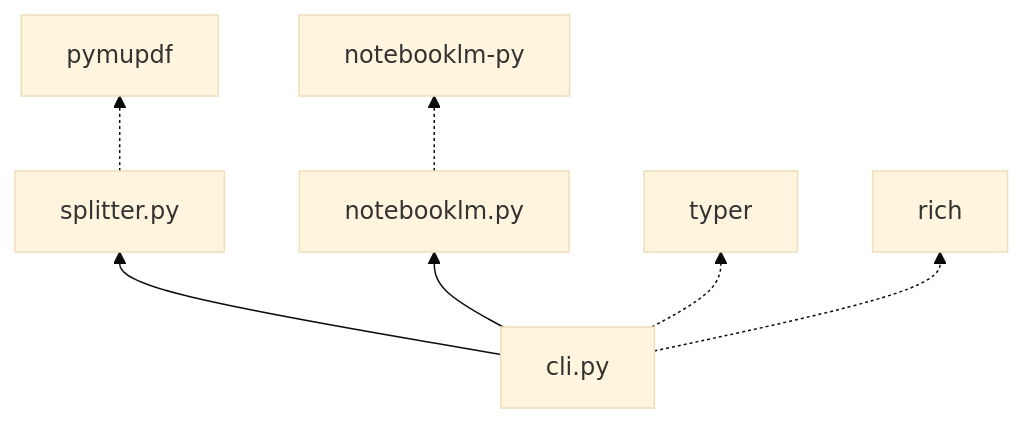
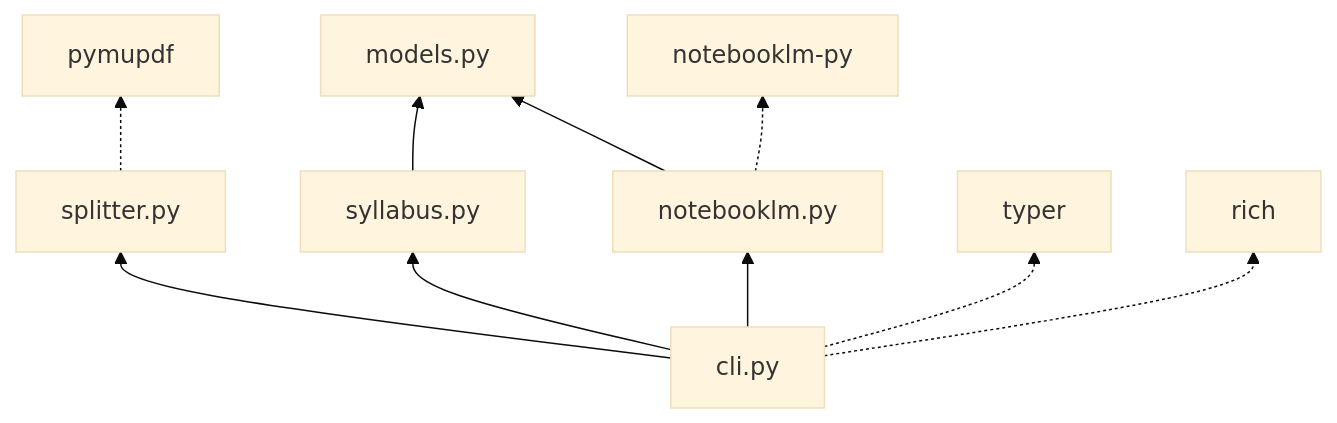
The fifth of 5 diagrams in docs/codemap.md (NetDevAutomate/notebooklm-pdf-by-chapters), drawn with Mermaid (base theme) before and after one commit. The commit also changed other lines of this file and 15 other files, not shown here.

````diff
--- a/docs/codemap.md
+++ b/docs/codemap.md
@@ -126,10 +167,13 @@
 ```mermaid
 graph BT
     CLI[cli.py] --> SPL[splitter.py]
     CLI --> NLM[notebooklm.py]
+    CLI --> SYL[syllabus.py]
+    NLM --> MOD[models.py]
+    SYL --> MOD
 
     SPL -.-> PYMUPDF[pymupdf]
     NLM -.-> NLMPY[notebooklm-py]
     CLI -.-> TYPER[typer]
     CLI -.-> RICH[rich]
 ```
````
